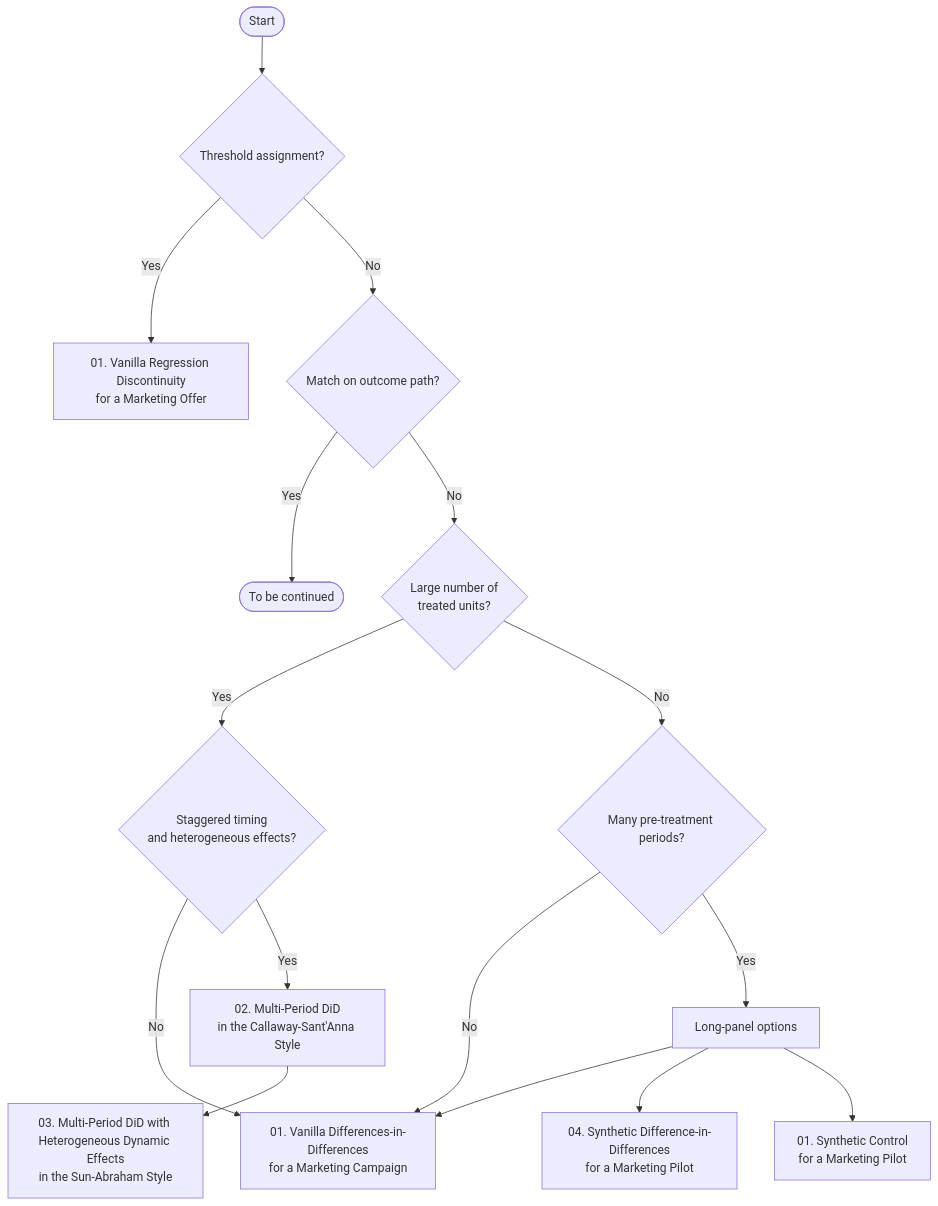
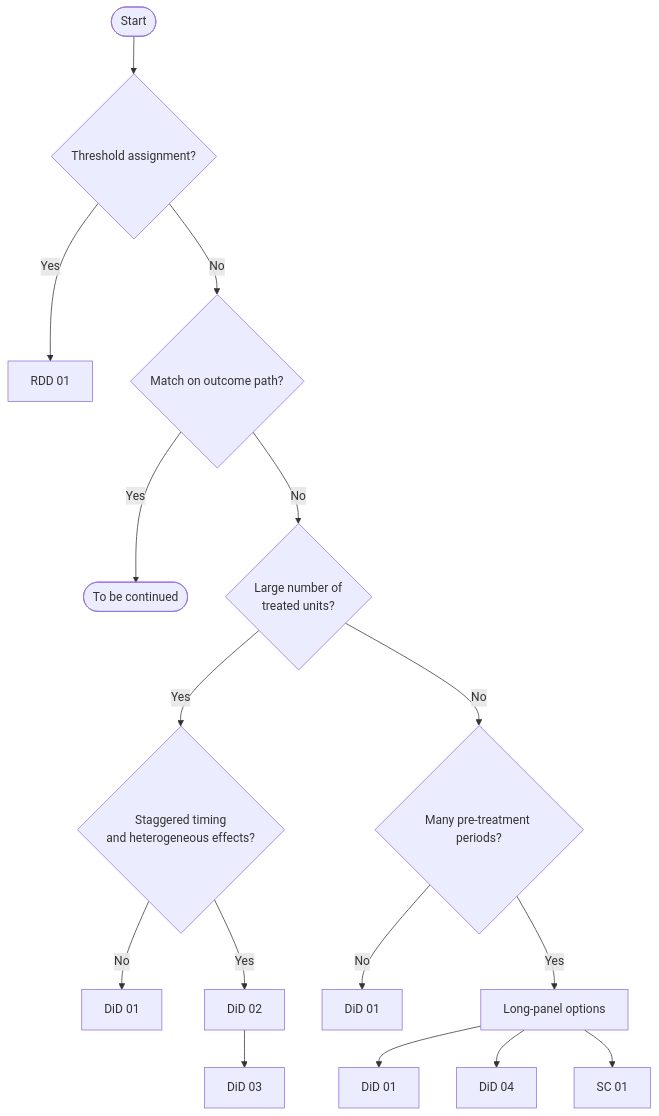
Before and after one commit to caresiri/Quasi-Experimental-Methods: the diagram in README.md, drawn with Mermaid.

Commit message:
Tidy README Mermaid endpoints

````diff
--- a/README.md
+++ b/README.md
@@ -50,30 +50,32 @@
 ```mermaid
 flowchart TB
     A([Start]) --> B{Threshold assignment?}
-    B -->|Yes| RDD["01. Vanilla Regression Discontinuity<br/>for a Marketing Offer"]
+    B -->|Yes| RDD["RDD 01"]
     B -->|No| C{Match on outcome path?}
 
     C -->|Yes| TBC([To be continued])
     C -->|No| D{Large number of<br/>treated units?}
 
     D -->|Yes| E{Staggered timing<br/>and heterogeneous effects?}
     D -->|No| F{Many pre-treatment periods?}
 
-    E -->|No| DID1["01. Vanilla Differences-in-Differences<br/>for a Marketing Campaign"]
-    E -->|Yes| DID2["02. Multi-Period DiD<br/>in the Callaway-Sant'Anna Style"]
-    DID2 --> DID3["03. Multi-Period DiD with Heterogeneous Dynamic Effects<br/>in the Sun-Abraham Style"]
+    E -->|No| DID1A["DiD 01"]
+    E -->|Yes| DID2["DiD 02"]
+    DID2 --> DID3["DiD 03"]
 
-    F -->|No| DID1
+    F -->|No| DID1B["DiD 01"]
     F -->|Yes| L[Long-panel options]
 
-    L --> DID1
-    L --> DID4["04. Synthetic Difference-in-Differences<br/>for a Marketing Pilot"]
-    L --> SC["01. Synthetic Control<br/>for a Marketing Pilot"]
+    L --> DID1C["DiD 01"]
+    L --> DID4["DiD 04"]
+    L --> SC["SC 01"]
 
     click RDD href "https://github.com/caresiri/Quasi-Experimental-Methods/blob/main/Regression-Discontinuity/01_vanilla_rdd_marketing.ipynb" "Open notebook"
-    click DID1 href "https://github.com/caresiri/Quasi-Experimental-Methods/blob/main/Differences-in-Differences/01_vanilla_did_marketing.ipynb" "Open notebook"
+    click DID1A href "https://github.com/caresiri/Quasi-Experimental-Methods/blob/main/Differences-in-Differences/01_vanilla_did_marketing.ipynb" "Open notebook"
+    click DID1B href "https://github.com/caresiri/Quasi-Experimental-Methods/blob/main/Differences-in-Differences/01_vanilla_did_marketing.ipynb" "Open notebook"
+    click DID1C href "https://github.com/caresiri/Quasi-Experimental-Methods/blob/main/Differences-in-Differences/01_vanilla_did_marketing.ipynb" "Open notebook"
     click DID2 href "https://github.com/caresiri/Quasi-Experimental-Methods/blob/main/Differences-in-Differences/02_multi_period_did_callaway_santanna_marketing.ipynb" "Open notebook"
     click DID3 href "https://github.com/caresiri/Quasi-Experimental-Methods/blob/main/Differences-in-Differences/03_multi_period_did_heter_effects_sun_abraham.ipynb" "Open notebook"
     click DID4 href "https://github.com/caresiri/Quasi-Experimental-Methods/blob/main/Differences-in-Differences/04_synthetic_difference_in_differences_arkhangelsky_et_al_marketing.ipynb" "Open notebook"
     click SC href "https://github.com/caresiri/Quasi-Experimental-Methods/blob/main/Synthetic%20Controls/01_synthetic_control_marketing.ipynb" "Open notebook"
 ```
````
